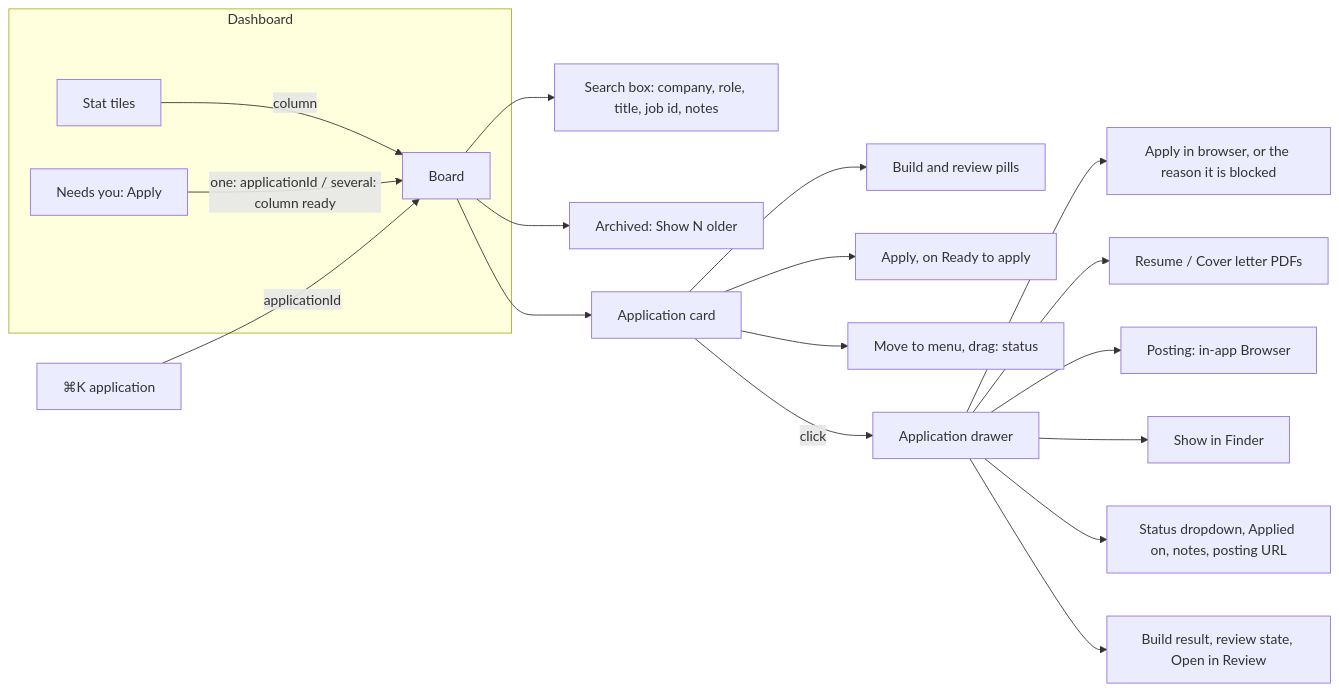
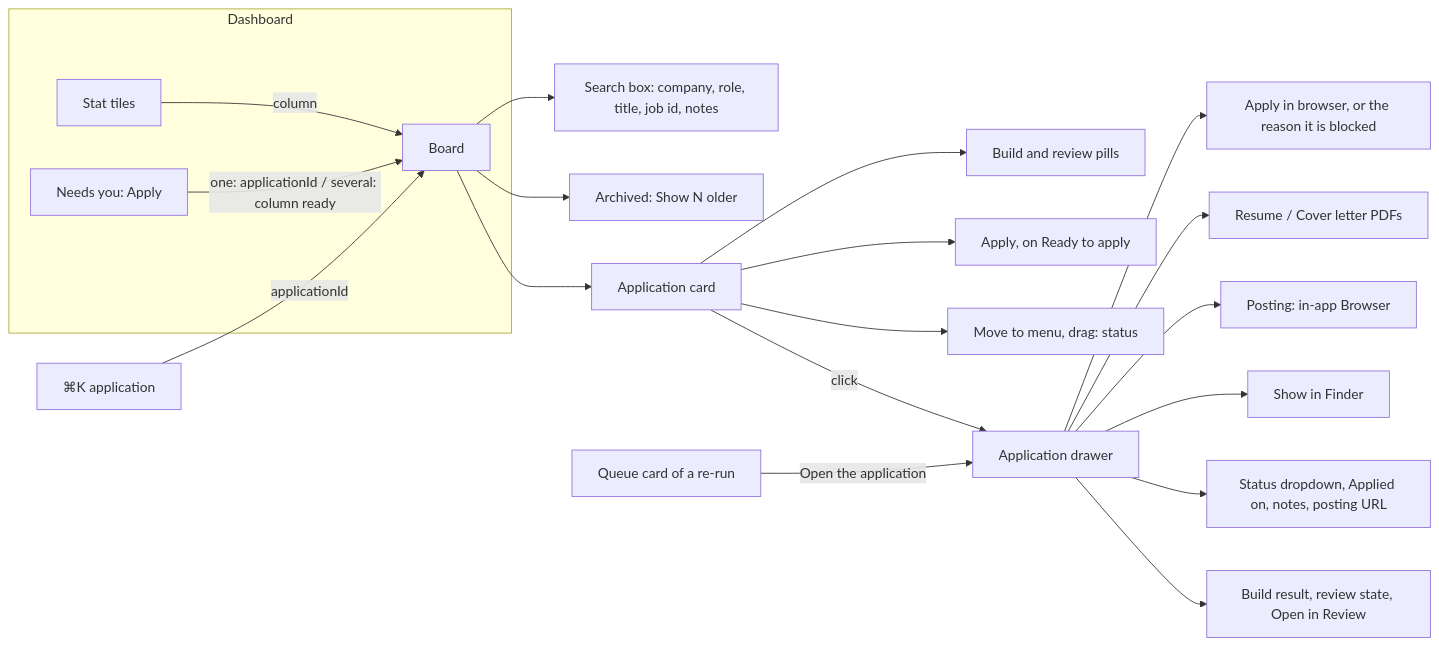
The diagram in docs/changes/161-board-replaces-dashboard-list.md (silentashish/huntgry), drawn with Mermaid before and after one commit. The commit also changed other lines of this file and 8 other files, not shown here.

````diff
--- a/docs/changes/161-board-replaces-dashboard-list.md
+++ b/docs/changes/161-board-replaces-dashboard-list.md
@@ -75,21 +81,22 @@
 ```mermaid
 flowchart LR
   subgraph Dashboard
     T[Stat tiles] -->|column| B
     N[Needs you: Apply] -->|one: applicationId / several: column ready| B
   end
   K[⌘K application] -->|applicationId| B
   B[Board] --> S[Search box: company, role, title, job id, notes]
   B --> AR[Archived: Show N older]
   B --> C[Application card]
   C --> P[Build and review pills]
   C --> AP[Apply, on Ready to apply]
   C --> M[Move to menu, drag: status]
   C -->|click| D[Application drawer]
+  Q[Queue card of a re-run] -->|Open the application| D
   D --> D1[Apply in browser, or the reason it is blocked]
   D --> D2[Resume / Cover letter PDFs]
   D --> D3[Posting: in-app Browser]
   D --> D4[Show in Finder]
   D --> D5[Status dropdown, Applied on, notes, posting URL]
   D --> D6[Build result, review state, Open in Review]
 ```
````
